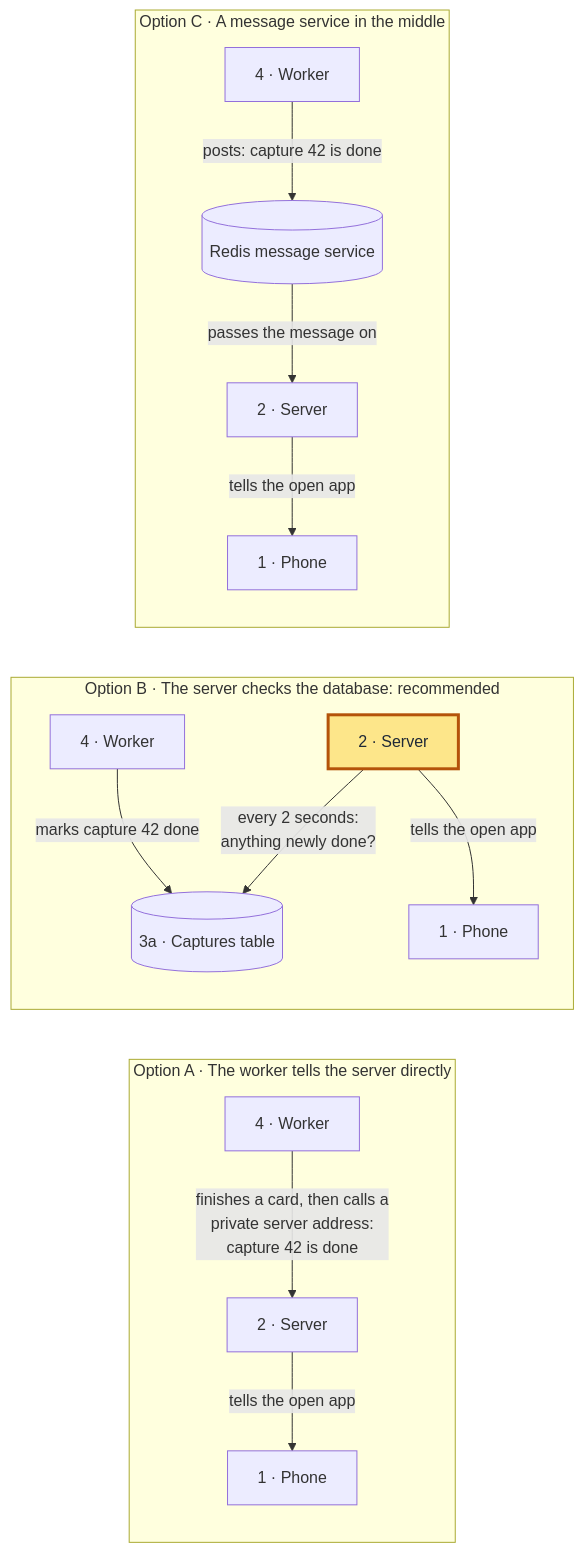
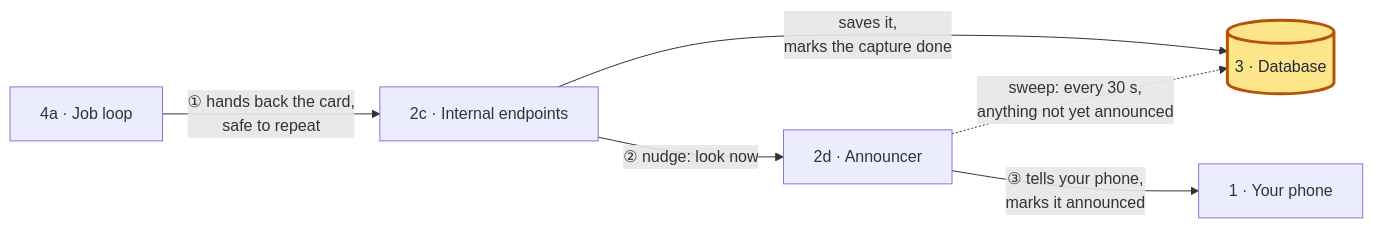
The fourth of 14 diagrams in docs/architecture.md (SunchokePasta/Plannr), drawn with Mermaid before and after one commit. The commit also changed other lines of this file and 4 other files, not shown here.

First line of the commit message:
Redraw the architecture page for the hand-offs; log 12a's fixes (12b)

````diff
--- a/docs/architecture.md
+++ b/docs/architecture.md
@@ -185,20 +221,11 @@
 ```mermaid
 flowchart LR
-  subgraph OA["Option A · The worker tells the server directly"]
-    a1["4 · Worker"] -->|"finishes a card, then calls a<br/>private server address:<br/>capture 42 is done"| a2["2 · Server"]
-    a2 -->|"tells the open app"| a3["1 · Phone"]
-  end
-  subgraph OB["Option B · The server checks the database: recommended"]
-    b1["4 · Worker"] -->|"marks capture 42 done"| b2[("3a · Captures table")]
-    b3["2 · Server"] -->|"every 2 seconds:<br/>anything newly done?"| b2
-    b3 -->|"tells the open app"| b4["1 · Phone"]
-  end
-  subgraph OC["Option C · A message service in the middle"]
-    c1["4 · Worker"] -->|"posts: capture 42 is done"| c2[("Redis message service")]
-    c2 -->|"passes the message on"| c3["2 · Server"]
-    c3 -->|"tells the open app"| c4["1 · Phone"]
-  end
+  r1["4a · Job loop"] -->|"① hands back the card,<br/>safe to repeat"| r2["2c · Internal endpoints"]
+  r2 -->|"saves it,<br/>marks the capture done"| r3[("3 · Database")]
+  r2 -->|"② nudge: look now"| r4["2d · Announcer"]
+  r4 -->|"③ tells your phone,<br/>marks it announced"| r5["1 · Your phone"]
+  r4 -.->|"sweep: every 30 s,<br/>anything not yet announced"| r3
 
   classDef pick fill:#fde68a,stroke:#b45309,stroke-width:3px,color:#1f2937
-  class b3 pick
+  class r3 pick
 ```
````
